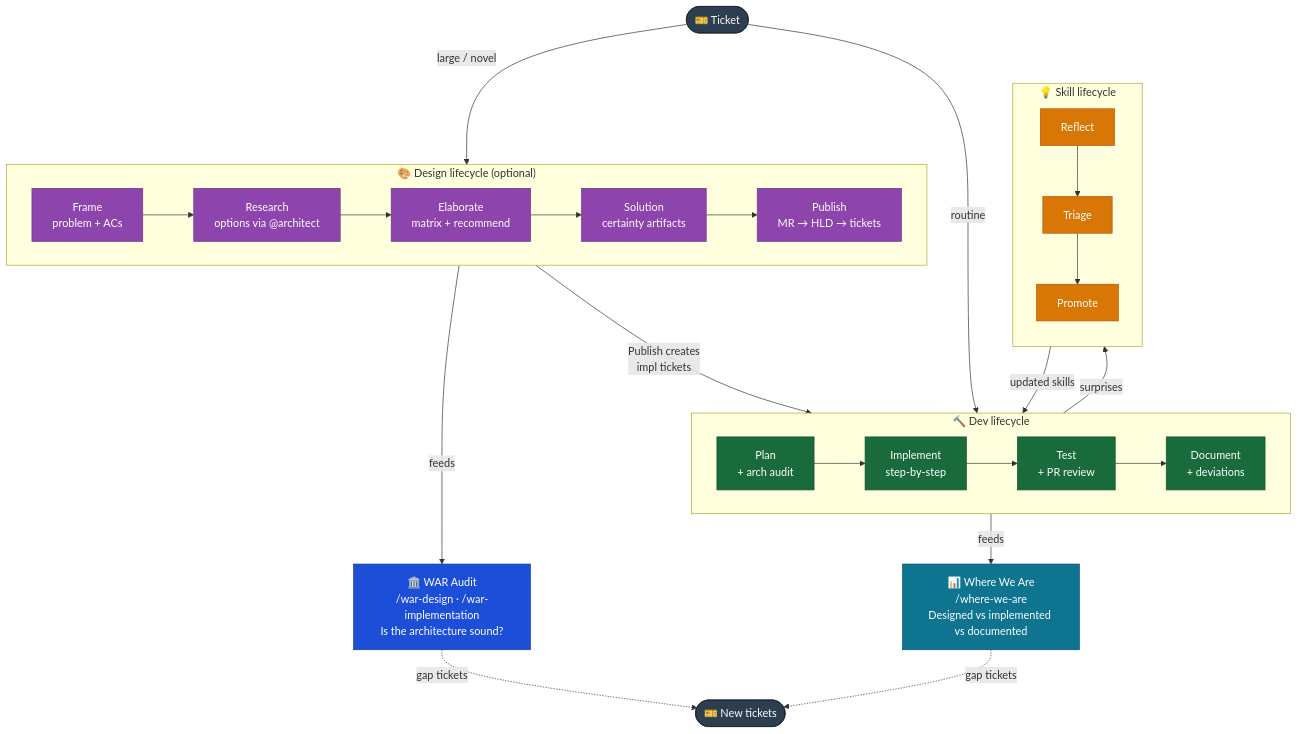
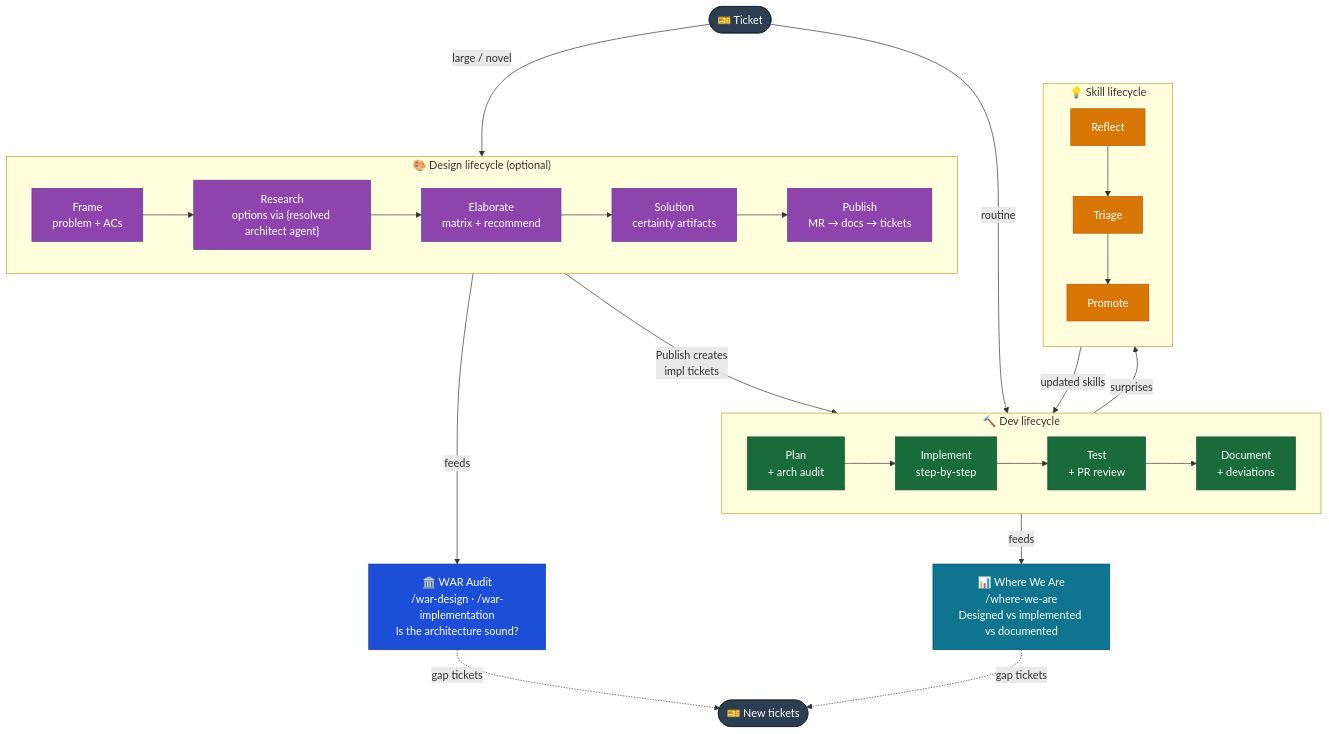
The diagram in docs/Engineering Guide/Lifecycles/00 Overview.md (DataArt/adlc-discovery-tool), drawn with Mermaid before and after one commit. The commit also changed 255 other files, not shown here.

````diff
--- a/docs/Engineering Guide/Lifecycles/00 Overview.md
+++ b/docs/Engineering Guide/Lifecycles/00 Overview.md
@@ -50,40 +50,40 @@
 ```mermaid
 flowchart TB
     TICKET(["🎫 Ticket"]):::ticket
 
     subgraph DESIGN ["  🎨 Design lifecycle (optional)  "]
         direction LR
-        D1["Frame\nproblem + ACs"]:::design --> D2["Research\noptions via @architect"]:::design --> D3["Elaborate\nmatrix + recommend"]:::design --> D4["Solution\ncertainty artifacts"]:::design --> D5["Publish\nMR → HLD → tickets"]:::design
+        D1["Frame\nproblem + ACs"]:::design --> D2["Research\noptions via {resolved architect agent}"]:::design --> D3["Elaborate\nmatrix + recommend"]:::design --> D4["Solution\ncertainty artifacts"]:::design --> D5["Publish\nMR → docs → tickets"]:::design
     end
 
     subgraph DEV ["  🔨 Dev lifecycle  "]
         direction LR
         V1["Plan\n+ arch audit"]:::dev --> V2["Implement\nstep-by-step"]:::dev --> V3["Test\n+ PR review"]:::dev --> V4["Document\n+ deviations"]:::dev
     end
 
     subgraph SKILL ["  💡 Skill lifecycle  "]
         direction TB
         S1["Reflect"]:::skill --> S2["Triage"]:::skill --> S3["Promote"]:::skill
     end
 
     WAR["🏛️ WAR Audit\n/war-design · /war-implementation\nIs the architecture sound?"]:::war
     WWA["📊 Where We Are\n/where-we-are\nDesigned vs implemented vs documented"]:::wwa
 
     TICKET -->|"large / novel"| DESIGN
     DESIGN -->|"Publish creates\nimpl tickets"| DEV
     TICKET -->|"routine"| DEV
     DESIGN -->|"feeds"| WAR
     DEV -->|"feeds"| WWA
     DEV -->|"surprises"| S1
     S3 -->|"updated skills"| DEV
     TICKET2(["🎫 New tickets"]):::ticket
     WAR -.->|"gap tickets"| TICKET2
     WWA -.->|"gap tickets"| TICKET2
 
     classDef ticket  fill:#2C3E50,stroke:#1A252F,color:#fff
     classDef design  fill:#8E44AD,stroke:#6C3483,color:#fff
     classDef dev     fill:#1A6B3C,stroke:#14532d,color:#fff
     classDef skill   fill:#D97706,stroke:#B45309,color:#fff
     classDef war     fill:#1D4ED8,stroke:#1e3a8a,color:#fff
     classDef wwa     fill:#0E7490,stroke:#0c4a6e,color:#fff
 ```
````
